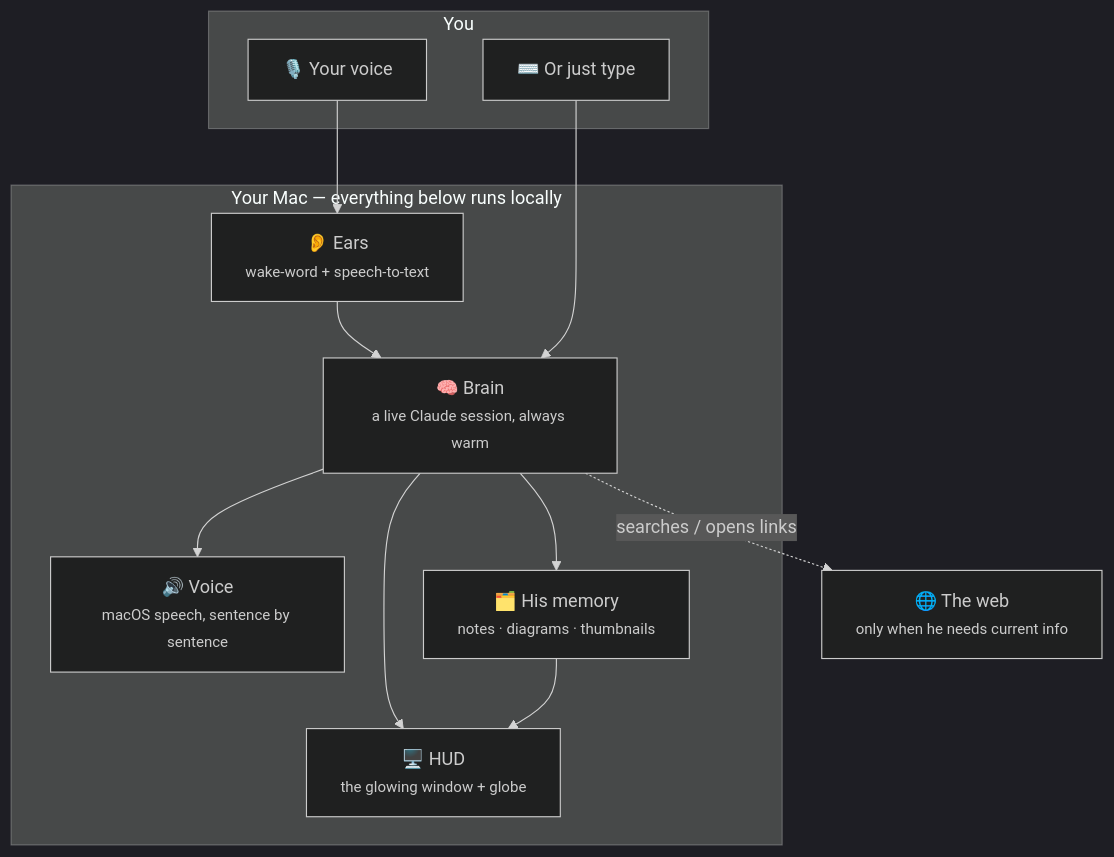
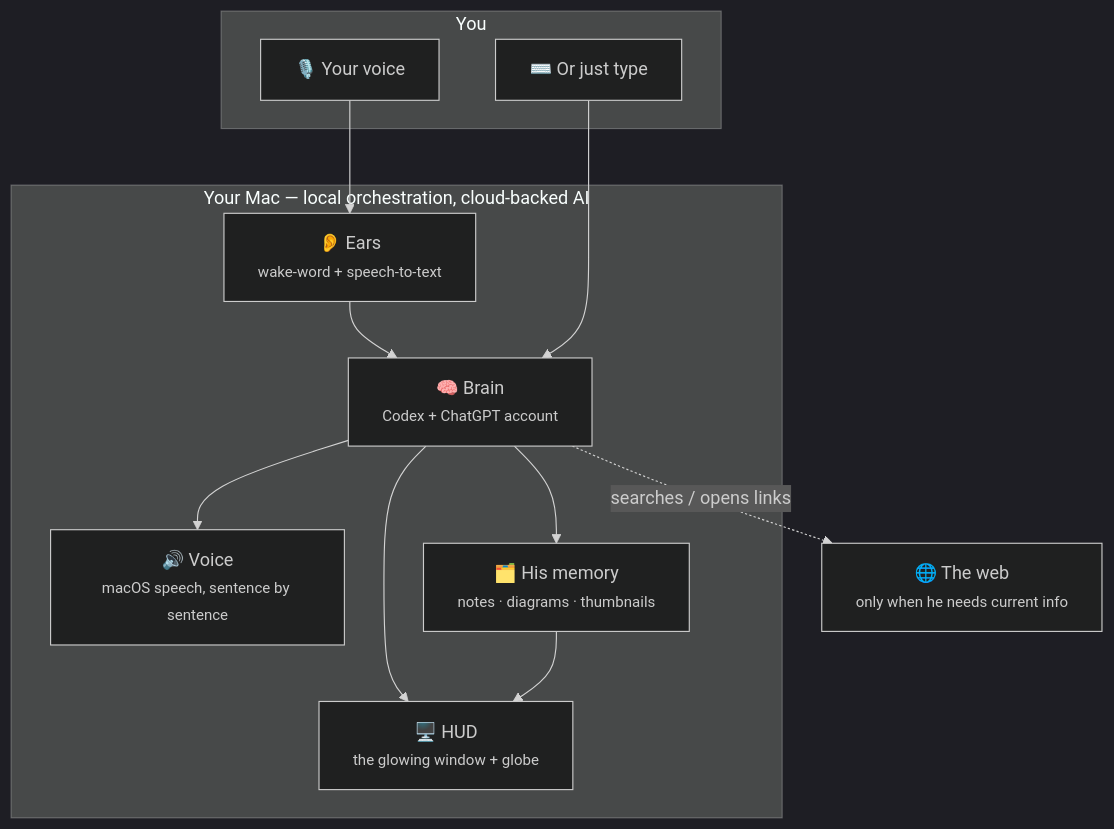
One commit to adipatel399/Rocky changed the first of 4 diagrams in README.md. Above: the diagram before and after it, drawn with Mermaid (dark theme). The commit also changed other lines of this file and 4 other files, not shown here.

Commit message:
Use ChatGPT-authenticated Codex as Rocky's default brain

````diff
--- a/README.md
+++ b/README.md
@@ -49,25 +49,25 @@
 ```mermaid
 flowchart TB
     subgraph You
         V["🎙️ Your voice"]
         T["⌨️ Or just type"]
     end
 
-    subgraph Mac["Your Mac — everything below runs locally"]
+    subgraph Mac["Your Mac — local orchestration, cloud-backed AI"]
         Ears["👂 Ears<br/><small>wake-word + speech-to-text</small>"]
-        Brain["🧠 Brain<br/><small>a live Claude session, always warm</small>"]
+        Brain["🧠 Brain<br/><small>Codex + ChatGPT account</small>"]
         Voice["🔊 Voice<br/><small>macOS speech, sentence by sentence</small>"]
         HUD["🖥️ HUD<br/><small>the glowing window + globe</small>"]
         Data["🗂️ His memory<br/><small>notes · diagrams · thumbnails</small>"]
     end
 
     Internet["🌐 The web<br/><small>only when he needs current info</small>"]
 
     V --> Ears --> Brain
     T --> Brain
     Brain --> Voice
     Brain --> HUD
     Brain --> Data
     Brain -. "searches / opens links" .-> Internet
     Data --> HUD
 ```
````
